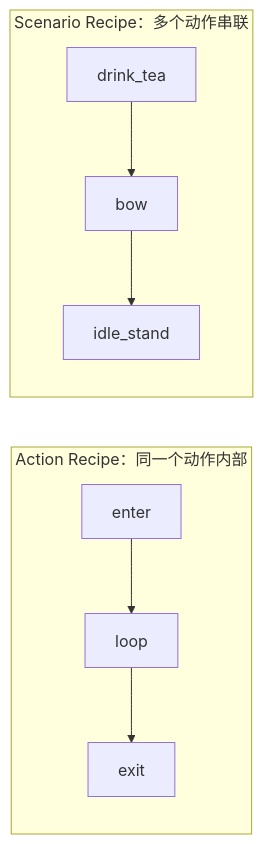
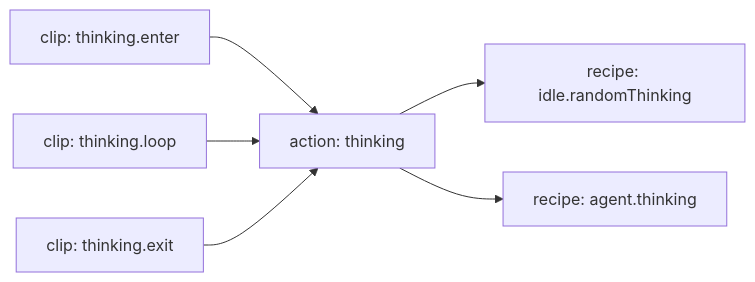
One commit to tiantian180/MilesEdgeworth changed the second of 4 diagrams in docs/v2/设计方案/皮肤包播放行为设计.md. Above: the diagram before and after it, drawn with Mermaid. The commit also changed other lines of this file and 19 other files, not shown here.

````diff
--- a/docs/v2/设计方案/皮肤包播放行为设计.md
+++ b/docs/v2/设计方案/皮肤包播放行为设计.md
@@ -514,16 +195,15 @@
 ```mermaid
 flowchart LR
-    subgraph ActionRecipe["Action Recipe：同一个动作内部"]
-        AR1["enter"]
-        AR2["loop"]
-        AR3["exit"]
-        AR1 --> AR2 --> AR3
-    end
+    ClipA["clip: thinking.enter"]
+    ClipB["clip: thinking.loop"]
+    ClipC["clip: thinking.exit"]
+    Action["action: thinking"]
+    RecipeIdle["recipe: idle.randomThinking"]
+    RecipeAgent["recipe: agent.thinking"]
 
-    subgraph ScenarioRecipe["Scenario Recipe：多个动作串联"]
-        SR1["drink_tea"]
-        SR2["bow"]
-        SR3["idle_stand"]
-        SR1 --> SR2 --> SR3
-    end
+    ClipA --> Action
+    ClipB --> Action
+    ClipC --> Action
+    Action --> RecipeIdle
+    Action --> RecipeAgent
 ```
````
